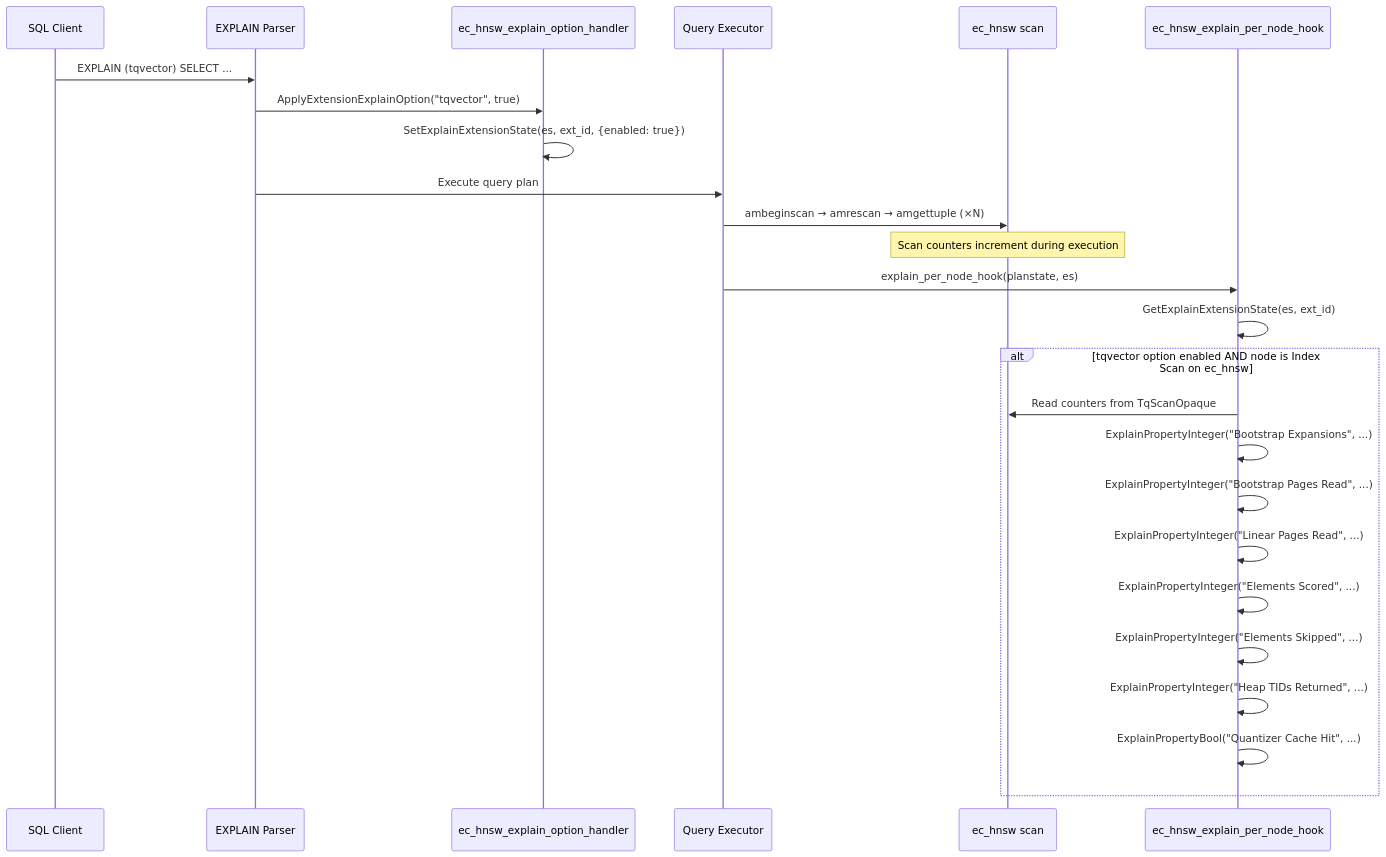
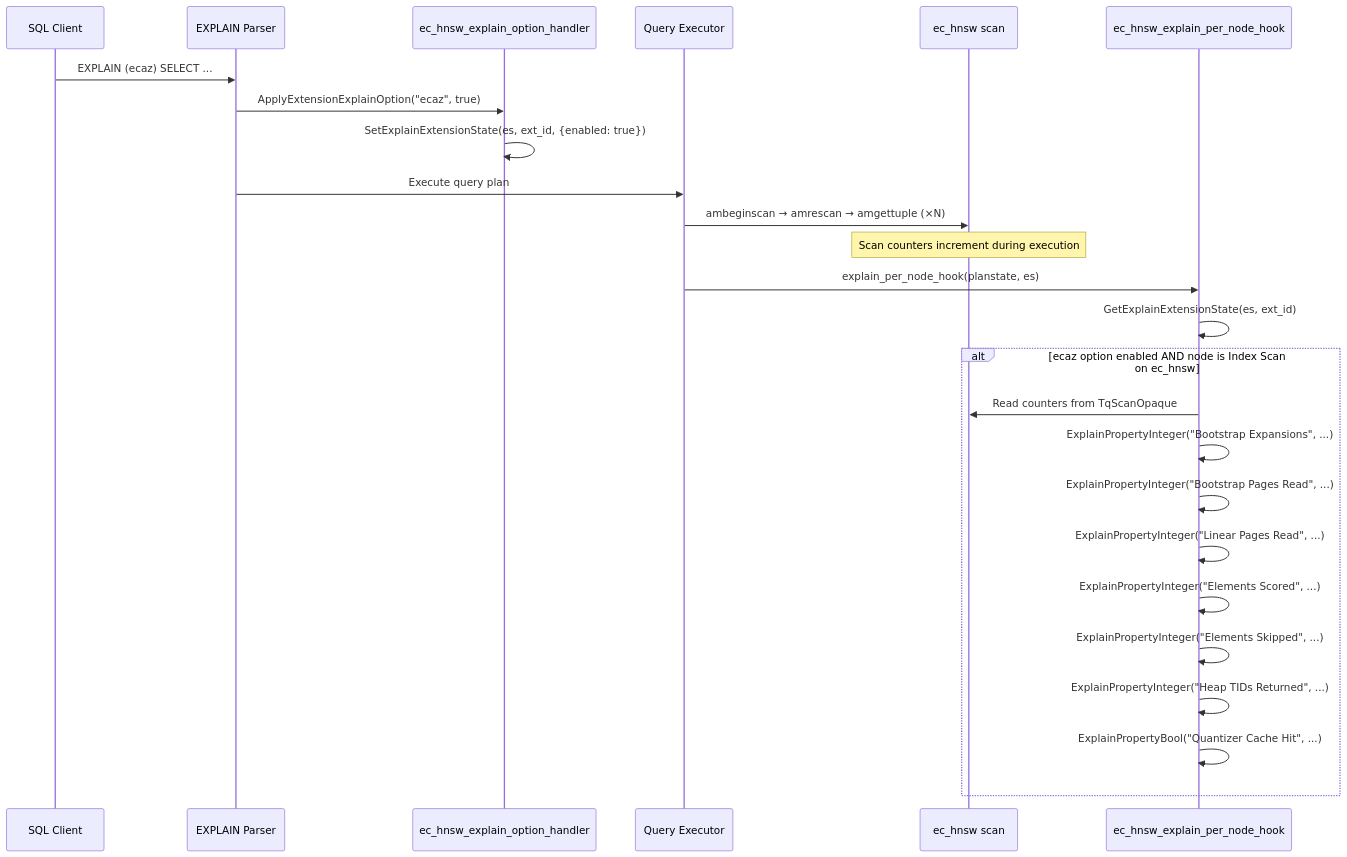
The diagram in spec/functional/FR-024-custom-explain.md (agent-ix/ecaz), drawn with Mermaid before and after one commit. The commit also changed other lines of this file and 68 other files, not shown here.

Commit message:
Rename extension identity to ecaz

````diff
--- a/spec/functional/FR-024-custom-explain.md
+++ b/spec/functional/FR-024-custom-explain.md
@@ -88,31 +88,31 @@
 ```mermaid
 sequenceDiagram
     participant User as SQL Client
     participant Parser as EXPLAIN Parser
     participant Hook as ec_hnsw_explain_option_handler
     participant Exec as Query Executor
     participant Scan as ec_hnsw scan
     participant Node as ec_hnsw_explain_per_node_hook
 
-    User->>Parser: EXPLAIN (tqvector) SELECT ...
-    Parser->>Hook: ApplyExtensionExplainOption("tqvector", true)
+    User->>Parser: EXPLAIN (ecaz) SELECT ...
+    Parser->>Hook: ApplyExtensionExplainOption("ecaz", true)
     Hook->>Hook: SetExplainExtensionState(es, ext_id, {enabled: true})
 
     Parser->>Exec: Execute query plan
 
     Exec->>Scan: ambeginscan → amrescan → amgettuple (×N)
     Note over Scan: Scan counters increment during execution
 
     Exec->>Node: explain_per_node_hook(planstate, es)
     Node->>Node: GetExplainExtensionState(es, ext_id)
-    alt tqvector option enabled AND node is Index Scan on ec_hnsw
+    alt ecaz option enabled AND node is Index Scan on ec_hnsw
         Node->>Scan: Read counters from TqScanOpaque
         Node->>Node: ExplainPropertyInteger("Bootstrap Expansions", ...)
         Node->>Node: ExplainPropertyInteger("Bootstrap Pages Read", ...)
         Node->>Node: ExplainPropertyInteger("Linear Pages Read", ...)
         Node->>Node: ExplainPropertyInteger("Elements Scored", ...)
         Node->>Node: ExplainPropertyInteger("Elements Skipped", ...)
         Node->>Node: ExplainPropertyInteger("Heap TIDs Returned", ...)
         Node->>Node: ExplainPropertyBool("Quantizer Cache Hit", ...)
     end
 ```
````
